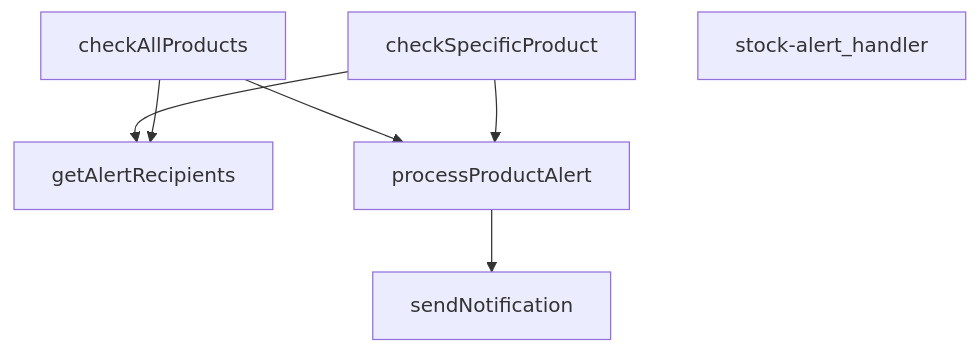
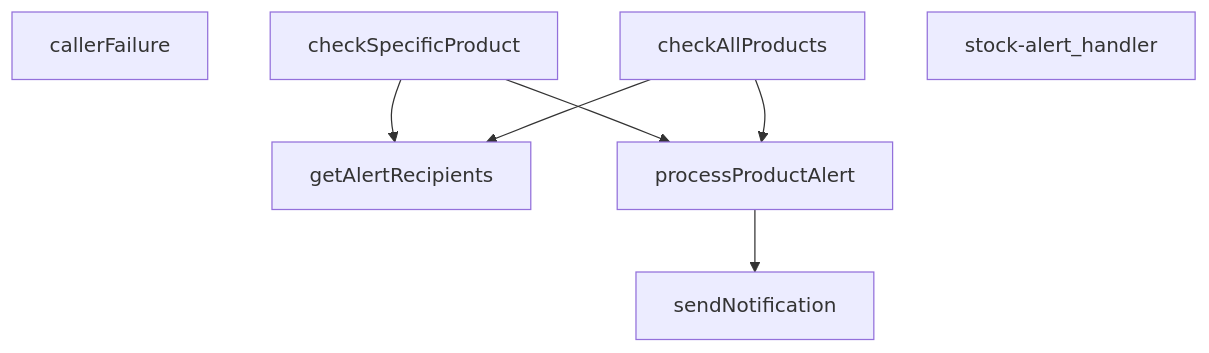
The seventh of 14 diagrams in docs/supabase_functions_master.md (peckop/venthub-hvac-esite), drawn with Mermaid before and after one commit. The commit also changed other lines of this file and 80 other files, not shown here.

````diff
--- a/docs/supabase_functions_master.md
+++ b/docs/supabase_functions_master.md
@@ -4066,14 +3811,15 @@
 ```mermaid
 graph TD
+    index_ts__callerFailure["callerFailure"]
     index_ts__checkAllProducts["checkAllProducts"]
     index_ts__checkSpecificProduct["checkSpecificProduct"]
     index_ts__getAlertRecipients["getAlertRecipients"]
     index_ts__processProductAlert["processProductAlert"]
     index_ts__sendNotification["sendNotification"]
     index_ts__stock-alert_handler["stock-alert_handler"]
-    index_ts__processProductAlert --> index_ts__sendNotification
-    index_ts__checkAllProducts --> index_ts__processProductAlert
     index_ts__checkSpecificProduct --> index_ts__getAlertRecipients
     index_ts__checkSpecificProduct --> index_ts__processProductAlert
+    index_ts__checkAllProducts --> index_ts__processProductAlert
     index_ts__checkAllProducts --> index_ts__getAlertRecipients
+    index_ts__processProductAlert --> index_ts__sendNotification
 ```
````
